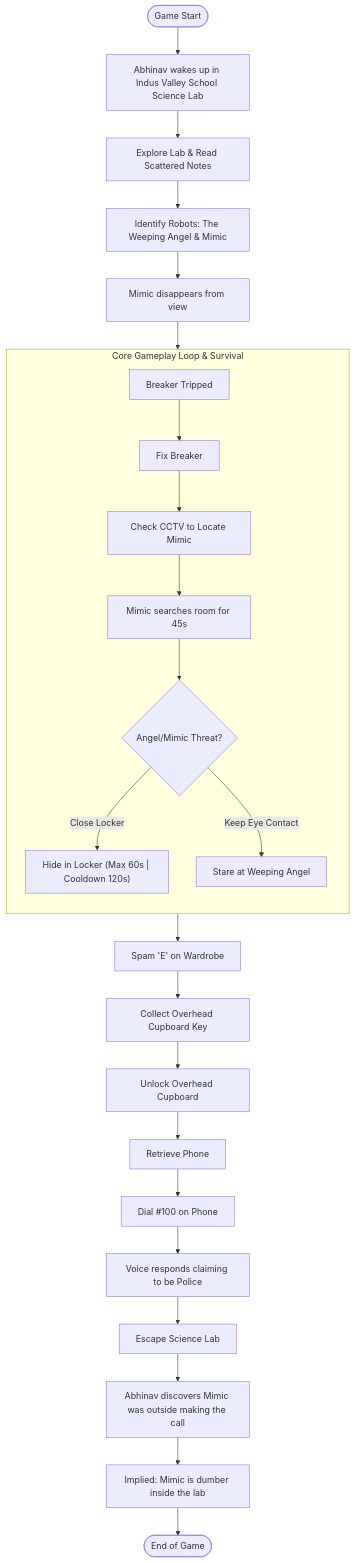
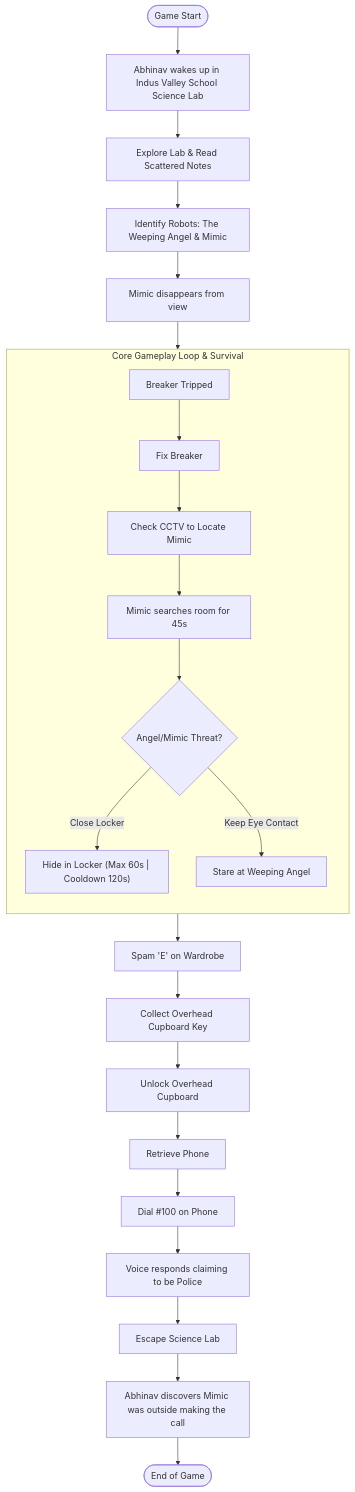
One commit to conservativehitler-cell/IndusBuildathon changed the diagram in README.md. Above: the diagram before and after it, drawn with Mermaid.

````diff
--- a/README.md
+++ b/README.md
@@ -1,37 +1,36 @@
 ```mermaid
 flowchart TD
     Start([Game Start]) --> WakeUp[Abhinav wakes up in Indus Valley School Science Lab]
     
     WakeUp --> ExploreLab[Explore Lab & Read Scattered Notes]
     ExploreLab --> IntroRobots[Identify Robots: The Weeping Angel & Mimic]
     
     IntroRobots --> MimicDisappears[Mimic disappears from view]
     MimicDisappears --> MainLoop
 
     subgraph MainLoop ["Core Gameplay Loop & Survival"]
         direction TB
         Breaker[Breaker Tripped] --> FixBreaker[Fix Breaker]
         FixBreaker --> CCTV[Check CCTV to Locate Mimic]
         CCTV --> MimicSearch[Mimic searches room for 45s]
         
         MimicSearch --> Defense{Angel/Mimic Threat?}
         Defense -- Close Locker --> LockerMechanism["Hide in Locker (Max 60s | Cooldown 120s)"]
         Defense -- Keep Eye Contact --> AngelMech[Stare at Weeping Angel]
     end
 
     MainLoop --> Objective1[Spam 'E' on Wardrobe]
     Objective1 --> GetKey[Collect Overhead Cupboard Key]
     
     GetKey --> UnlockCupboard[Unlock Overhead Cupboard]
     UnlockCupboard --> GetPhone[Retrieve Phone]
     
     GetPhone --> CallPolice[Dial #100 on Phone]
     CallPolice --> VoiceResponse[Voice responds claiming to be Police]
     
     VoiceResponse --> EscapeLab[Escape Science Lab]
     
     EscapeLab --> Twist[Abhinav discovers Mimic was outside making the call]
-    Twist --> Reveal[Implied: Mimic is dumber inside the lab]
     
-    Reveal --> End([End of Game])
+    Twist --> End([End of Game])
 ```
````
